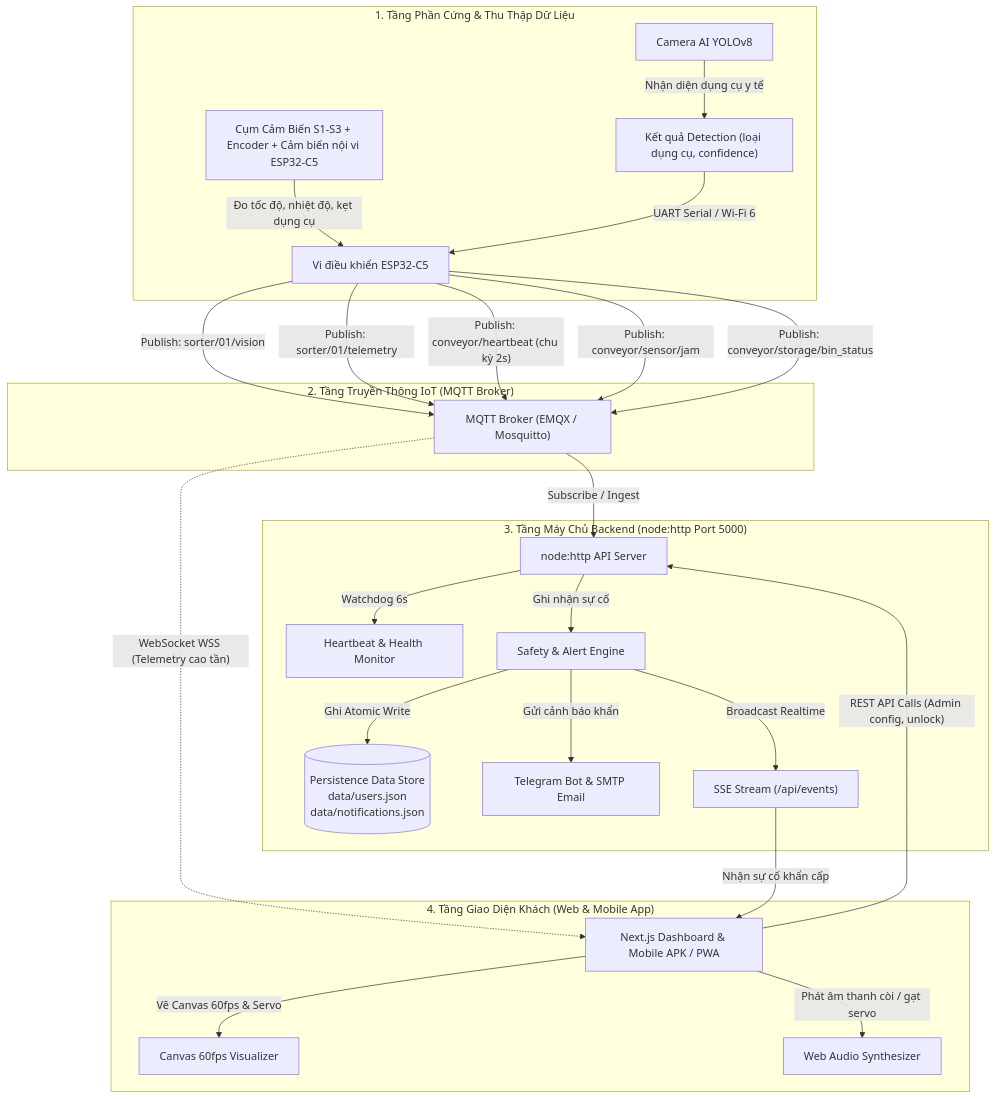
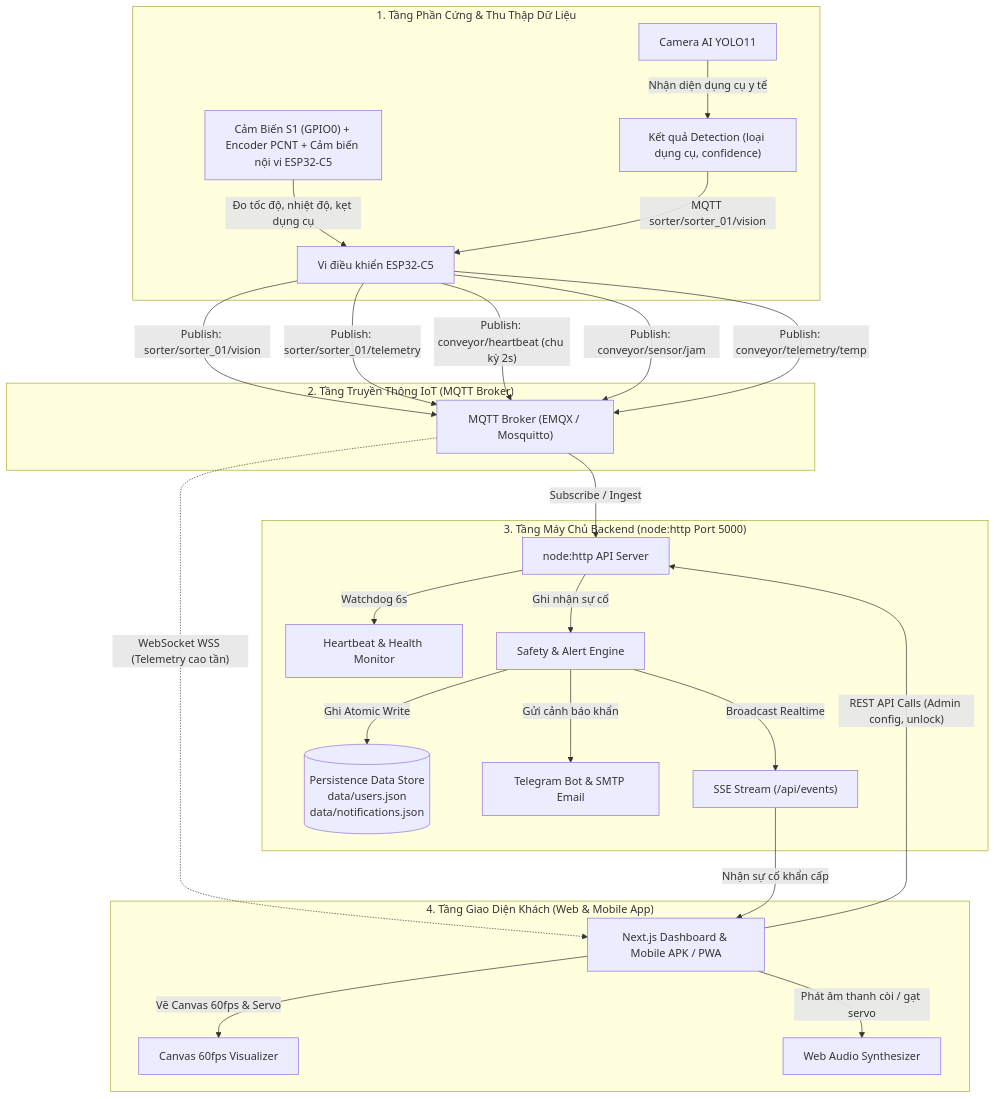
Before and after one commit to duyphong375/PBL3-SortiX-Med: the first of 6 diagrams in SortiX-Dashboard/README.md, drawn with Mermaid. The commit also changed other lines of this file and 8 other files, not shown here.

````diff
--- a/SortiX-Dashboard/README.md
+++ b/SortiX-Dashboard/README.md
@@ -221,33 +221,33 @@
 ```mermaid
 flowchart TD
     subgraph HARDWARE_LAYER["1. Tầng Phần Cứng & Thu Thập Dữ Liệu"]
-        CAM["Camera AI YOLOv8"] -->|"Nhận diện dụng cụ y tế"| DETECT["Kết quả Detection (loại dụng cụ, confidence)"]
-        SENSORS["Cụm Cảm Biến S1-S3 + Encoder + Cảm biến nội vi ESP32-C5"] -->|"Đo tốc độ, nhiệt độ, kẹt dụng cụ"| ESP32["Vi điều khiển ESP32-C5"]
-        DETECT -->|"UART Serial / Wi-Fi 6"| ESP32
+        CAM["Camera AI YOLO11"] -->|"Nhận diện dụng cụ y tế"| DETECT["Kết quả Detection (loại dụng cụ, confidence)"]
+        SENSORS["Cảm Biến S1 (GPIO0) + Encoder PCNT + Cảm biến nội vi ESP32-C5"] -->|"Đo tốc độ, nhiệt độ, kẹt dụng cụ"| ESP32["Vi điều khiển ESP32-C5"]
+        DETECT -->|"MQTT sorter/sorter_01/vision"| ESP32
     end
 
     subgraph IOT_COMMUNICATION["2. Tầng Truyền Thông IoT (MQTT Broker)"]
-        ESP32 -->|"Publish: sorter/01/vision"| BROKER["MQTT Broker (EMQX / Mosquitto)"]
-        ESP32 -->|"Publish: sorter/01/telemetry"| BROKER
+        ESP32 -->|"Publish: sorter/sorter_01/vision"| BROKER["MQTT Broker (EMQX / Mosquitto)"]
+        ESP32 -->|"Publish: sorter/sorter_01/telemetry"| BROKER
         ESP32 -->|"Publish: conveyor/heartbeat (chu kỳ 2s)"| BROKER
         ESP32 -->|"Publish: conveyor/sensor/jam"| BROKER
-        ESP32 -->|"Publish: conveyor/storage/bin_status"| BROKER
+        ESP32 -->|"Publish: conveyor/telemetry/temp"| BROKER
     end
 
     subgraph SERVER_LAYER["3. Tầng Máy Chủ Backend (node:http Port 5000)"]
         BROKER -->|"Subscribe / Ingest"| BACKEND["node:http API Server"]
         BACKEND -->|"Watchdog 6s"| HEARTBEAT_MONITOR["Heartbeat & Health Monitor"]
         BACKEND -->|"Ghi nhận sự cố"| SAFETY_SVC["Safety & Alert Engine"]
         SAFETY_SVC -->|"Ghi Atomic Write"| DB_STORE[("Persistence Data Store\ndata/users.json\ndata/notifications.json")]
         SAFETY_SVC -->|"Gửi cảnh báo khẩn"| ALERT_CHANNELS["Telegram Bot & SMTP Email"]
         SAFETY_SVC -->|"Broadcast Realtime"| SSE_STREAM["SSE Stream (/api/events)"]
     end
 
     subgraph CLIENT_LAYER["4. Tầng Giao Diện Khách (Web & Mobile App)"]
         BROKER -.->|"WebSocket WSS (Telemetry cao tần)"| CLIENTS["Next.js Dashboard & Mobile APK / PWA"]
         SSE_STREAM -->|"Nhận sự cố khẩn cấp"| CLIENTS
         CLIENTS -->|"Vẽ Canvas 60fps & Servo"| CANVAS["Canvas 60fps Visualizer"]
         CLIENTS -->|"Phát âm thanh còi / gạt servo"| AUDIO["Web Audio Synthesizer"]
         CLIENTS -->|"REST API Calls (Admin config, unlock)"| BACKEND
     end
 ```
````
